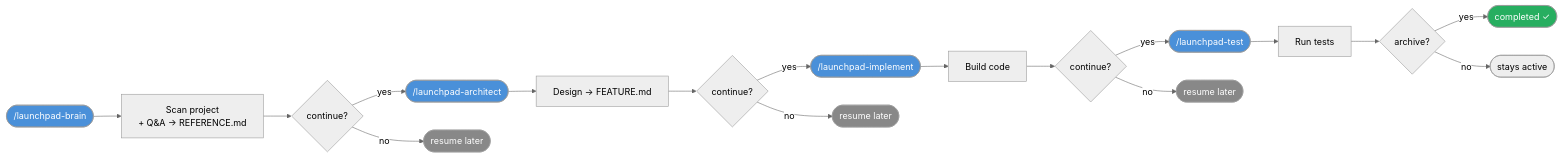
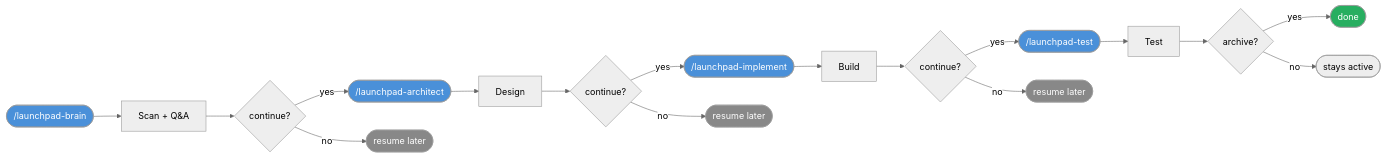
One commit to Formartha/launchpad changed the diagram in README.md. Above: the diagram before and after it, drawn with Mermaid (neutral theme).

Commit message:
fix: remove special chars from Mermaid nodes causing render failure

````diff
--- a/README.md
+++ b/README.md
@@ -19,28 +19,28 @@
 ```mermaid
 flowchart LR
-    A(["/launchpad-brain"]) --> B[Scan project\n+ Q&A → REFERENCE.md]
+    A(["/launchpad-brain"]) --> B[Scan + Q&A]
     B --> C{continue?}
     C -- yes --> D(["/launchpad-architect"])
     C -- no --> C2([resume later])
-    D --> E[Design → FEATURE.md]
+    D --> E[Design]
     E --> F{continue?}
     F -- yes --> G(["/launchpad-implement"])
     F -- no --> F2([resume later])
-    G --> H[Build code]
+    G --> H[Build]
     H --> I{continue?}
     I -- yes --> J(["/launchpad-test"])
     I -- no --> I2([resume later])
-    J --> K[Run tests]
+    J --> K[Test]
     K --> L{archive?}
-    L -- yes --> M([completed ✓])
+    L -- yes --> M([done])
     L -- no --> N([stays active])
 
     style A fill:#4A90D9,color:#fff
     style D fill:#4A90D9,color:#fff
     style G fill:#4A90D9,color:#fff
     style J fill:#4A90D9,color:#fff
     style M fill:#27AE60,color:#fff
     style C2 fill:#888,color:#fff
     style F2 fill:#888,color:#fff
     style I2 fill:#888,color:#fff
 ```
````
